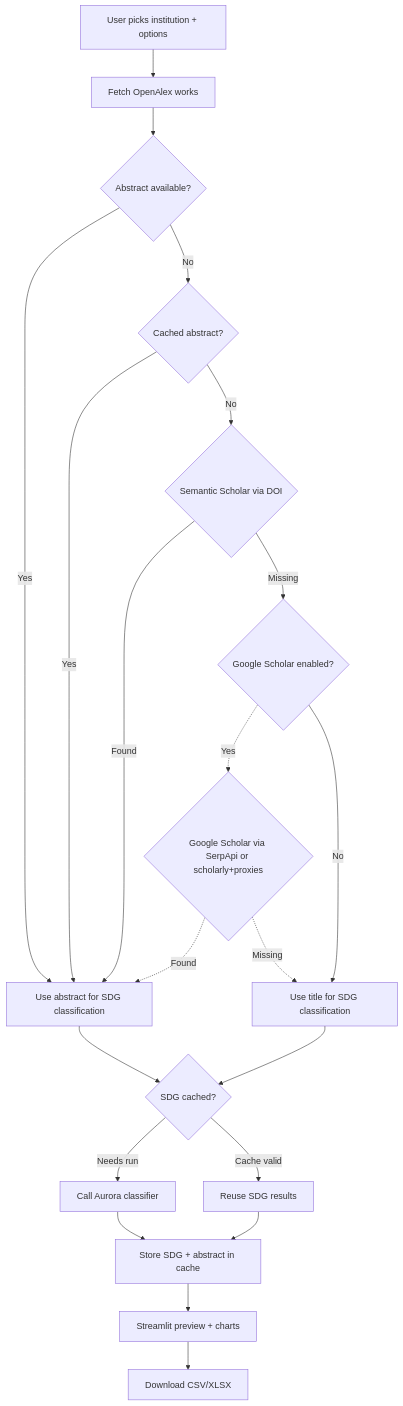
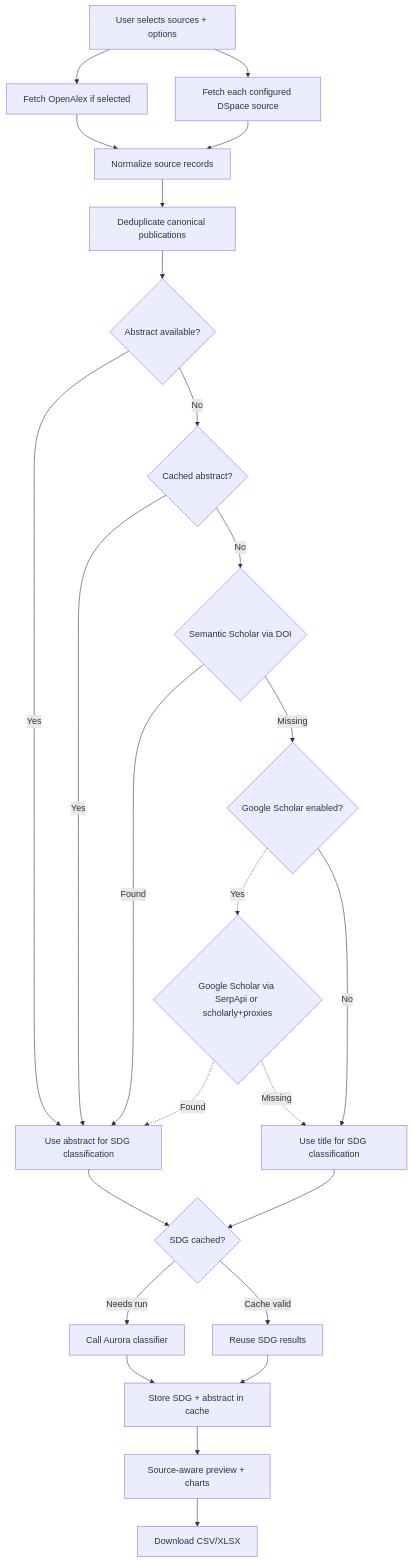
The diagram in README.md (jmiba/Aurora-SDG-Publication-Classifier), drawn with Mermaid before and after one commit. The commit also changed other lines of this file and 10 other files, not shown here.

Commit message:
Add multi-source DSpace publication support

````diff
--- a/README.md
+++ b/README.md
@@ -31,23 +35,27 @@
 ```mermaid
 flowchart TB
-    A[User picks institution + options] --> B[Fetch OpenAlex works]
-    B --> C{Abstract available?}
+    A[User selects sources + options] --> B1[Fetch OpenAlex if selected]
+    A --> B2[Fetch each configured DSpace source]
+    B1 --> B[Normalize source records]
+    B2 --> B
+    B --> B3[Deduplicate canonical publications]
+    B3 --> C{Abstract available?}
     C -->|Yes| D[Use abstract for SDG classification]
     C -->|No| E{Cached abstract?}
     E -->|Yes| D
     E -->|No| F{Semantic Scholar via DOI}
     F -->|Found| D
     F -->|Missing| G{Google Scholar enabled?}
     I -.->|Missing| H[Use title for SDG classification]
     G -->|No| H
     G -.->|Yes| I{Google Scholar via SerpApi or scholarly+proxies}
     I -.->|Found| D
     D --> J{SDG cached?}
     H --> J
     J -->|Cache valid| K[Reuse SDG results]
     J -->|Needs run| L[Call Aurora classifier]
     L --> M[Store SDG + abstract in cache]
     K --> M
-    M --> N[Streamlit preview + charts]
+    M --> N[Source-aware preview + charts]
     N --> O[Download CSV/XLSX]
 ```
````
